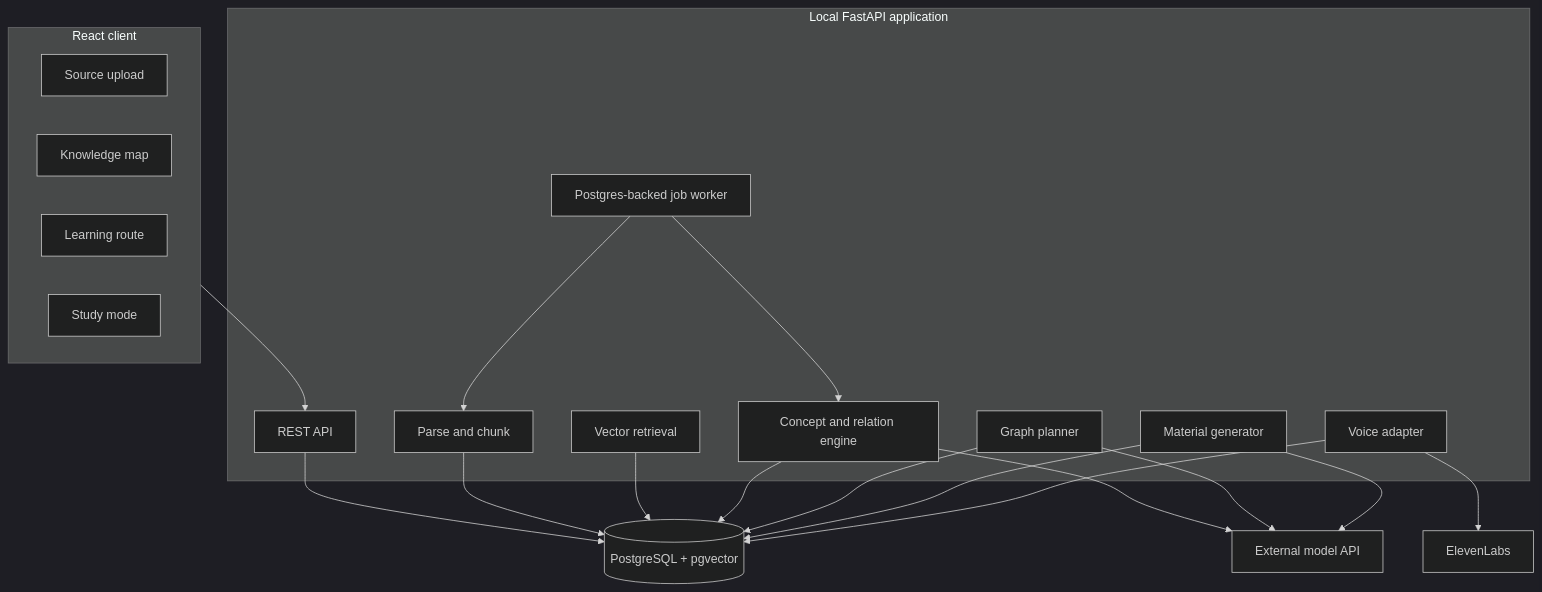
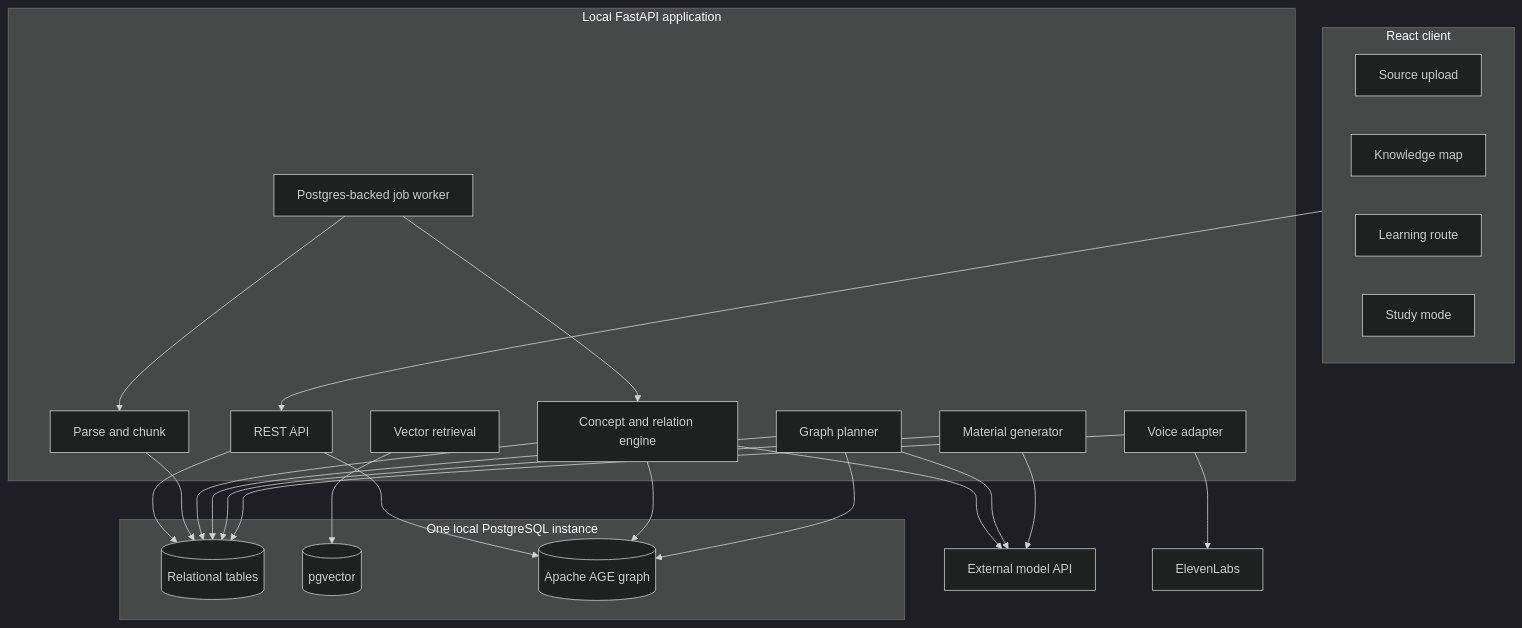
The second of 11 diagrams in design-doc.md (kat0409/hack-rice-16), drawn with Mermaid (dark theme) before and after one commit. The commit also changed other lines of this file and 1 other file, not shown here.

Commit message:
Smaller design doc for architecture review

````diff
--- a/design-doc.md
+++ b/design-doc.md
@@ -380,39 +383,46 @@
 ```mermaid
 flowchart TB
     subgraph Client["React client"]
         Upload["Source upload"]
         GraphUI["Knowledge map"]
         RouteUI["Learning route"]
         StudyUI["Study mode"]
     end
 
     subgraph LocalAPI["Local FastAPI application"]
         HTTP["REST API"]
         Jobs["Postgres-backed job worker"]
         Parser["Parse and chunk"]
         Retrieval["Vector retrieval"]
         Intelligence["Concept and relation engine"]
         Planner["Graph planner"]
         Artifacts["Material generator"]
         Voice["Voice adapter"]
     end
 
-    DB[("PostgreSQL + pgvector")]
+    subgraph DB["One local PostgreSQL instance"]
+        Relational[("Relational tables")]
+        Vector[("pgvector")]
+        AGE[("Apache AGE graph")]
+    end
     Models["External model API"]
     Eleven["ElevenLabs"]
 
     Client --> HTTP
-    HTTP --> DB
+    HTTP --> Relational
+    HTTP --> AGE
     Jobs --> Parser
-    Parser --> DB
-    Retrieval --> DB
+    Parser --> Relational
+    Retrieval --> Vector
     Jobs --> Intelligence
     Intelligence --> Models
-    Intelligence --> DB
-    Planner --> DB
+    Intelligence --> Relational
+    Intelligence --> AGE
+    Planner --> AGE
+    Planner --> Relational
     Planner --> Models
     Artifacts --> Models
-    Artifacts --> DB
+    Artifacts --> Relational
     Voice --> Eleven
-    Voice --> DB
+    Voice --> Relational
 ```
````
